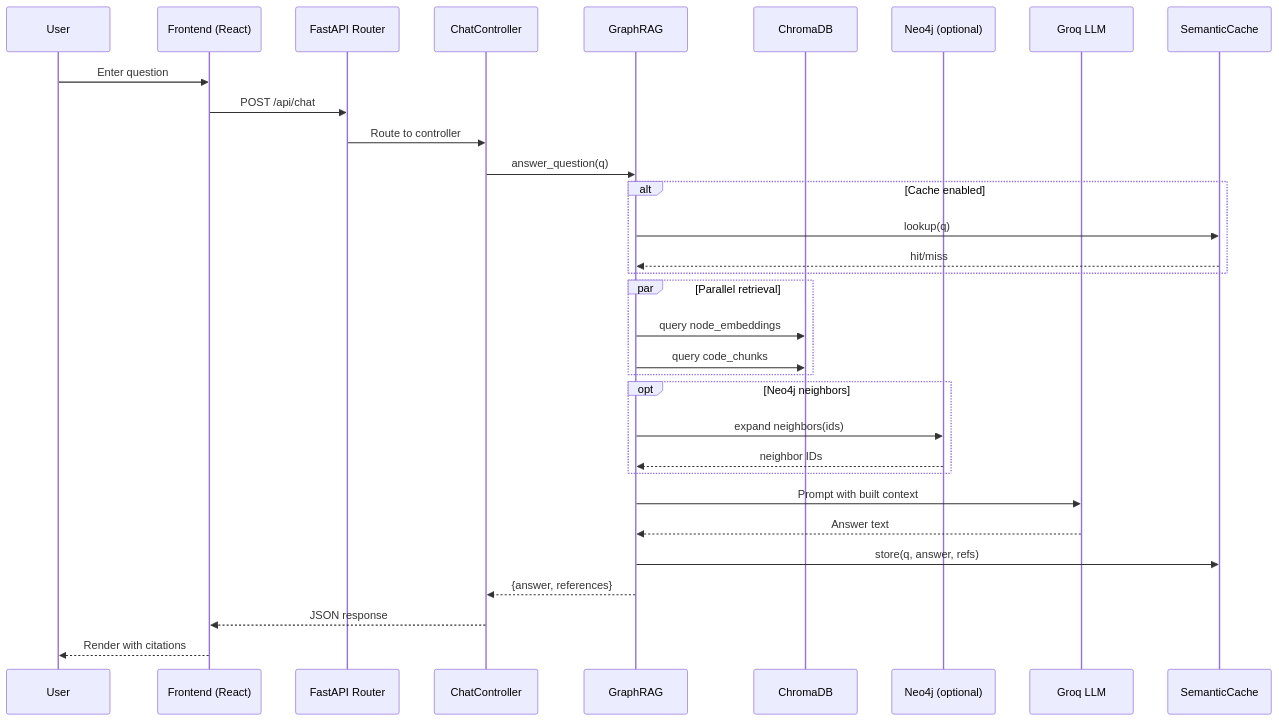
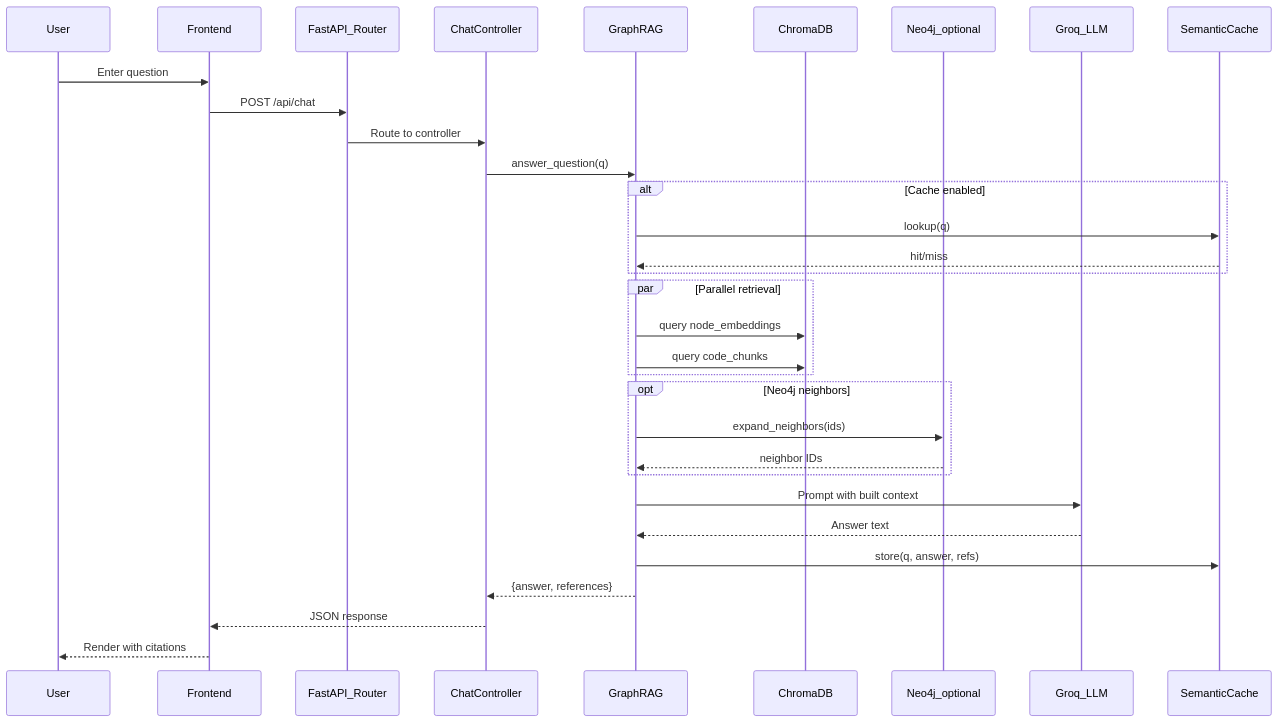
The third of 6 diagrams in detailed.md (HarshiniAiyyer/CelerGraph), drawn with Mermaid before and after one commit. The commit also changed other lines of this file, not shown here.

First line of the commit message:
Revise system architecture and flow diagrams

````diff
--- a/detailed.md
+++ b/detailed.md
@@ -927,35 +919,35 @@
 ```mermaid
 sequenceDiagram
   participant U as User
-  participant FE as Frontend (React)
-  participant API as FastAPI Router
+  participant FE as Frontend
+  participant API as FastAPI_Router
   participant CC as ChatController
   participant RAG as GraphRAG
   participant CH as ChromaDB
-  participant N4J as Neo4j (optional)
-  participant LLM as Groq LLM
+  participant N4J as Neo4j_optional
+  participant LLM as Groq_LLM
   participant SC as SemanticCache
 
   U->>FE: Enter question
   FE->>API: POST /api/chat
   API->>CC: Route to controller
   CC->>RAG: answer_question(q)
   alt Cache enabled
     RAG->>SC: lookup(q)
     SC-->>RAG: hit/miss
   end
   par Parallel retrieval
     RAG->>CH: query node_embeddings
     RAG->>CH: query code_chunks
   end
   opt Neo4j neighbors
-    RAG->>N4J: expand neighbors(ids)
+    RAG->>N4J: expand_neighbors(ids)
     N4J-->>RAG: neighbor IDs
   end
   RAG->>LLM: Prompt with built context
   LLM-->>RAG: Answer text
   RAG->>SC: store(q, answer, refs)
   RAG-->>CC: {answer, references}
   CC-->>FE: JSON response
   FE-->>U: Render with citations
 ```
````
